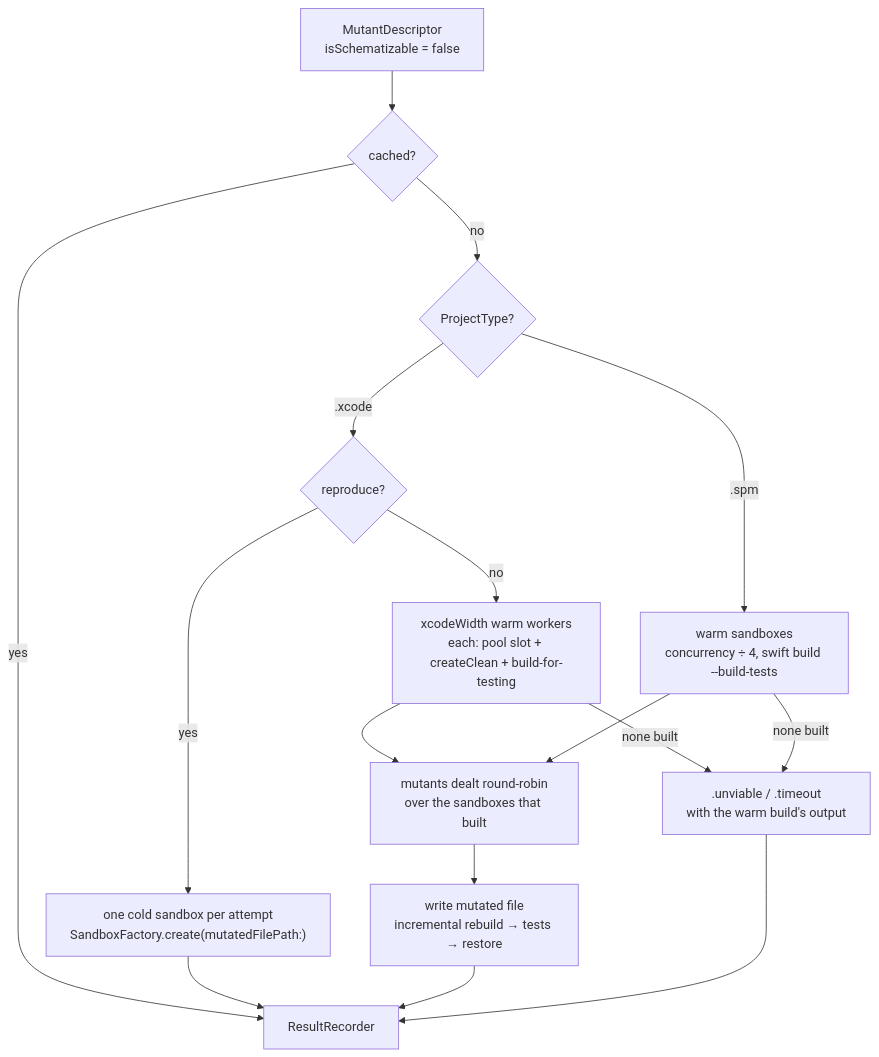
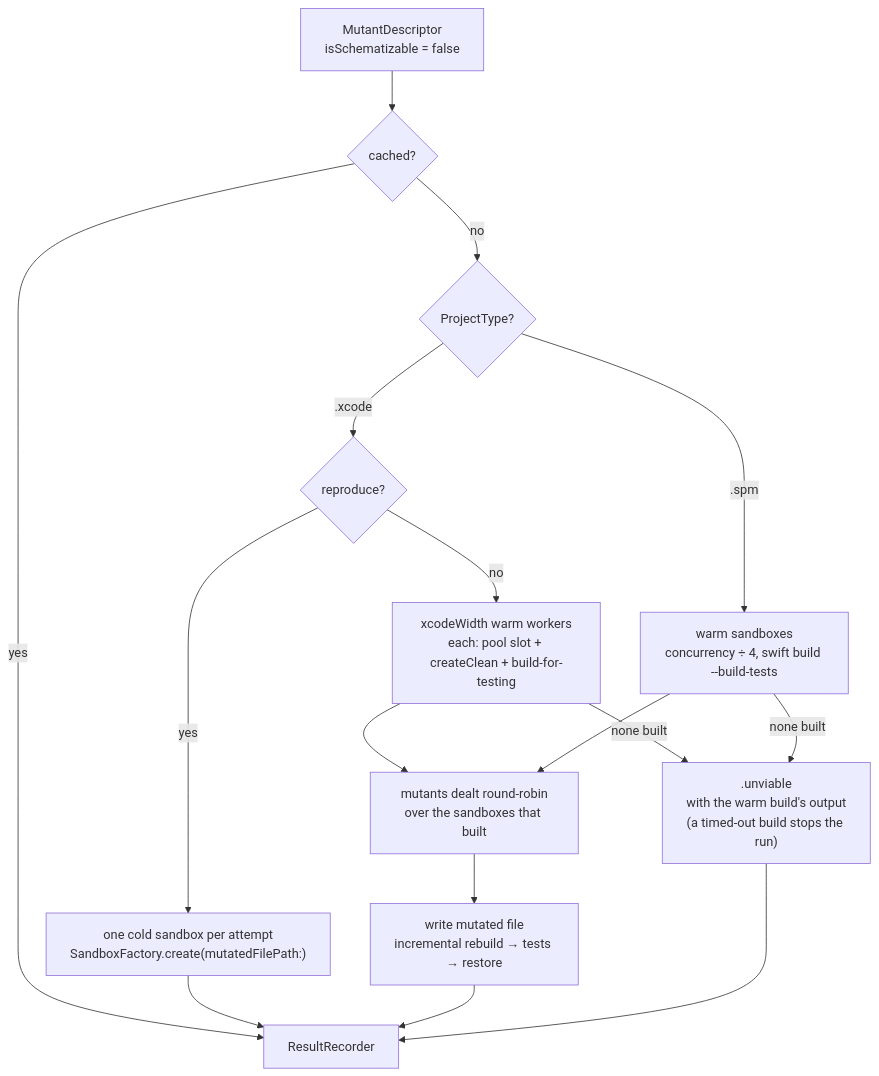
One commit to ericodx/swift-mutation-testing changed the fifth of 6 diagrams in Docs/Architecture/03-execution.md. Above: the diagram before and after it, drawn with Mermaid. The commit also changed other lines of this file and 4 other files, not shown here.

Commit message:
docs: describe build timeouts ending the run and the Xcode timeout killing detached descendants

````diff
--- a/Docs/Architecture/03-execution.md
+++ b/Docs/Architecture/03-execution.md
@@ -208,18 +209,18 @@
 ```mermaid
 flowchart TD
     MUTANT["MutantDescriptor\nisSchematizable = false"] --> CACHE{cached?}
     CACHE -- yes --> REC[ResultRecorder]
     CACHE -- no --> PT{ProjectType?}
     PT -- .xcode --> REPRO{reproduce?}
     REPRO -- yes --> COLD["one cold sandbox per attempt\nSandboxFactory.create(mutatedFilePath:)"]
     REPRO -- no --> XW["xcodeWidth warm workers\neach: pool slot + createClean + build-for-testing"]
     PT -- .spm --> SW["warm sandboxes\nconcurrency ÷ 4, swift build --build-tests"]
-    XW -- none built --> UNVIABLE[".unviable / .timeout\nwith the warm build's output"]
+    XW -- none built --> UNVIABLE[".unviable\nwith the warm build's output\n(a timed-out build stops the run)"]
     SW -- none built --> UNVIABLE
     XW --> DEAL["mutants dealt round-robin\nover the sandboxes that built"]
     SW --> DEAL
     DEAL --> WRITE["write mutated file\nincremental rebuild → tests → restore"]
     COLD --> REC
     WRITE --> REC
     UNVIABLE --> REC
 ```
````
